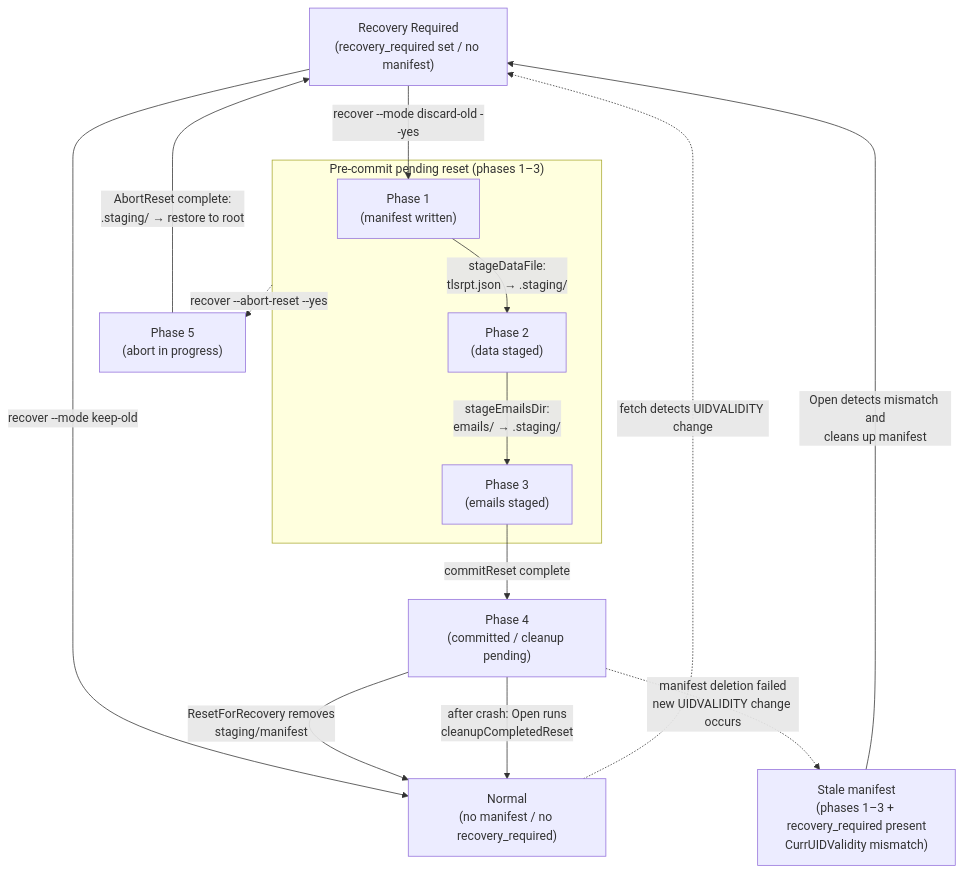
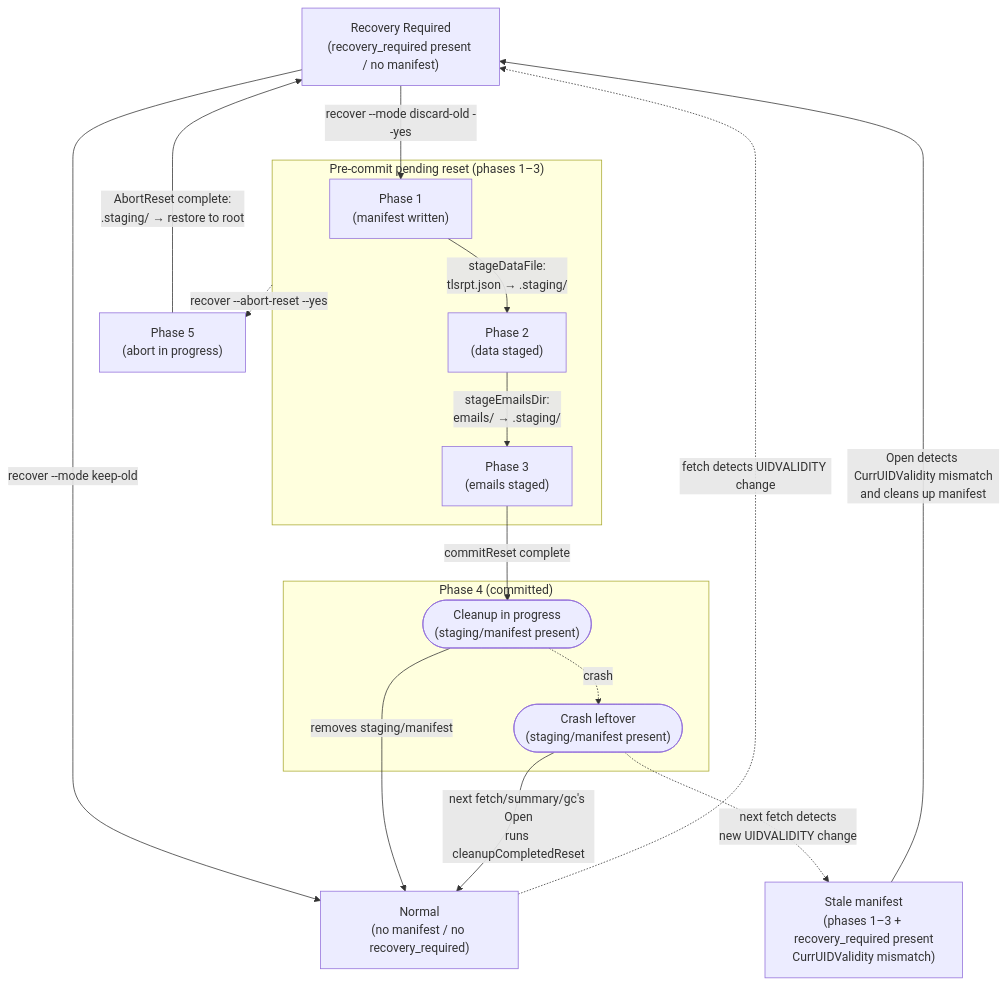
Before and after one commit to isseis/tlsrpt-digest: the diagram in docs/dev/adr/0003_reset_phase_design.md, drawn with Mermaid. The commit also changed other lines of this file, not shown here.

Commit message:
docs(adr): translate revised phase-4 diagram to English (ADR-0003)
Mirror the Japanese diagram changes: split phase 4 into P4a (cleanup in
progress) and P4b (crash leftover) stadium-shaped nodes, update arrow
labels, and update the legend to distinguish rectangle (disk state) from
stadium shape (transient execution state, same on-disk state).

````diff
--- a/docs/dev/adr/0003_reset_phase_design.md
+++ b/docs/dev/adr/0003_reset_phase_design.md
@@ -89,28 +89,33 @@
 ```mermaid
 flowchart TD
-    RR["Recovery Required<br>(recovery_required set / no manifest)"]
+    RR["Recovery Required<br>(recovery_required present / no manifest)"]
     P5["Phase 5<br>(abort in progress)"]
 
     subgraph PendingReset["Pre-commit pending reset (phases 1–3)"]
         P1["Phase 1<br>(manifest written)"]
         P2["Phase 2<br>(data staged)"]
         P3["Phase 3<br>(emails staged)"]
     end
 
-    P4["Phase 4<br>(committed / cleanup pending)"]
+    subgraph Phase4["Phase 4 (committed)"]
+        P4a(["Cleanup in progress<br>(staging/manifest present)"])
+        P4b(["Crash leftover<br>(staging/manifest present)"])
+    end
+
     StaleM["Stale manifest<br>(phases 1–3 + recovery_required present<br>CurrUIDValidity mismatch)"]
     Normal["Normal<br>(no manifest / no recovery_required)"]
 
     RR -->|"recover --mode keep-old"| Normal
     RR -->|"recover --mode discard-old --yes"| P1
     P1 -->|"stageDataFile:<br>tlsrpt.json → .staging/"| P2
     P2 -->|"stageEmailsDir:<br>emails/ → .staging/"| P3
-    P3 -->|"commitReset complete"| P4
-    P4 -.->|"manifest deletion failed<br>new UIDVALIDITY change occurs"| StaleM
-    P4 -->|"ResetForRecovery removes<br>staging/manifest"| Normal
-    P4 -->|"after crash: Open runs<br>cleanupCompletedReset"| Normal
-    StaleM -->|"Open detects mismatch and<br>cleans up manifest"| RR
+    P3 -->|"commitReset complete"| P4a
+    P4a -->|"removes staging/manifest"| Normal
+    P4a -.->|"crash"| P4b
+    P4b -->|"next fetch/summary/gc's Open<br>runs cleanupCompletedReset"| Normal
+    P4b -.->|"next fetch detects<br>new UIDVALIDITY change"| StaleM
+    StaleM -->|"Open detects CurrUIDValidity mismatch<br>and cleans up manifest"| RR
     PendingReset -.->|"recover --abort-reset --yes"| P5
     P5 -->|"AbortReset complete:<br>.staging/ → restore to root"| RR
     Normal -.->|"fetch detects UIDVALIDITY change"| RR
 ```
````
